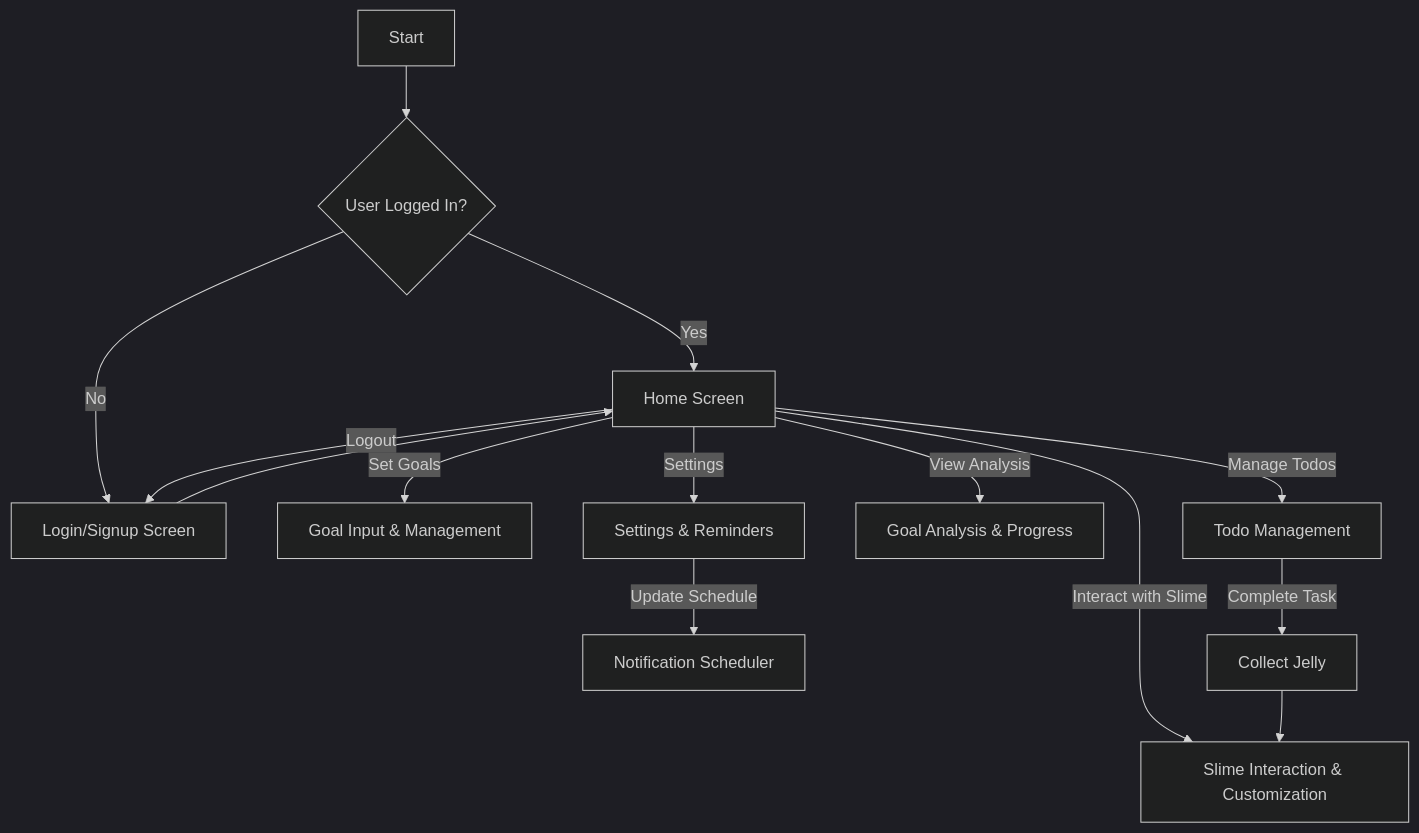
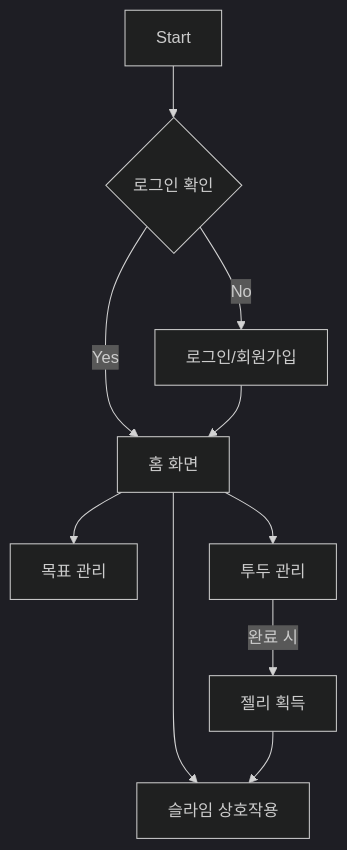
Before and after one commit to sjin4861/ToonDo: the diagram in README.md, drawn with Mermaid (dark theme). The commit also changed other lines of this file, not shown here.

Commit message:
docs: update README with multi-package architecture and tech stack details

````diff
--- a/README.md
+++ b/README.md
@@ -105,16 +108,12 @@
 ```mermaid
 flowchart TD
-    Start[Start] --> CheckAuth{User Logged In?}
-    CheckAuth -- Yes --> HomeScreen[Home Screen]
-    CheckAuth -- No --> AuthScreen[Login/Signup Screen]
+    Start[Start] --> CheckAuth{로그인 확인}
+    CheckAuth -- Yes --> HomeScreen[홈 화면]
+    CheckAuth -- No --> AuthScreen[로그인/회원가입]
     AuthScreen --> HomeScreen
-    HomeScreen -->|Set Goals| GoalInputScreen[Goal Input & Management]
-    HomeScreen -->|Manage Todos| TodoScreen[Todo Management]
-    HomeScreen -->|View Analysis| AnalysisScreen[Goal Analysis & Progress]
-    HomeScreen -->|Interact with Slime| SlimeScreen[Slime Interaction & Customization]
-    HomeScreen -->|Settings| SettingsScreen[Settings & Reminders]
-    SettingsScreen -->|Update Schedule| NotificationService[Notification Scheduler]
-    TodoScreen -->|Complete Task| JellyCollection[Collect Jelly]
-    JellyCollection --> SlimeScreen
-    HomeScreen -->|Logout| AuthScreen
-``` 
+    HomeScreen --> GoalScreen[목표 관리]
+    HomeScreen --> TodoScreen[투두 관리]
+    HomeScreen --> SlimeScreen[슬라임 상호작용]
+    TodoScreen -->|완료 시| Jelly[젤리 획득]
+    Jelly --> SlimeScreen
+```
````
